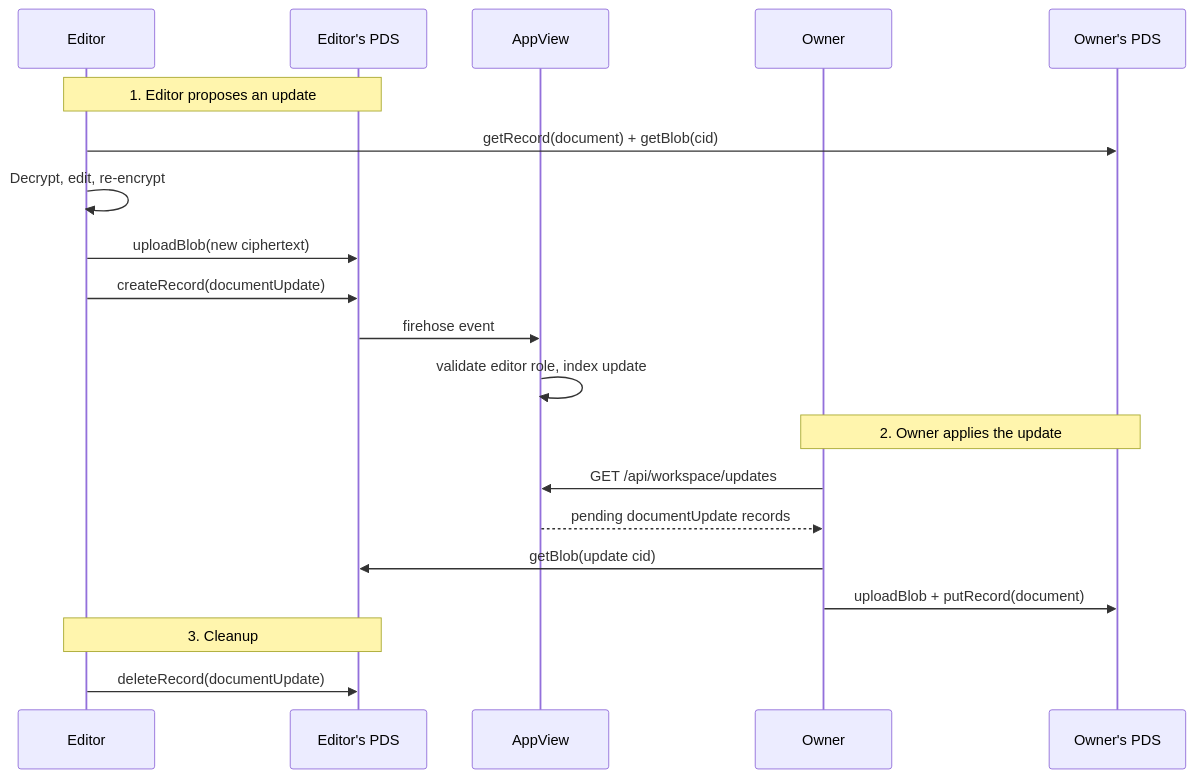
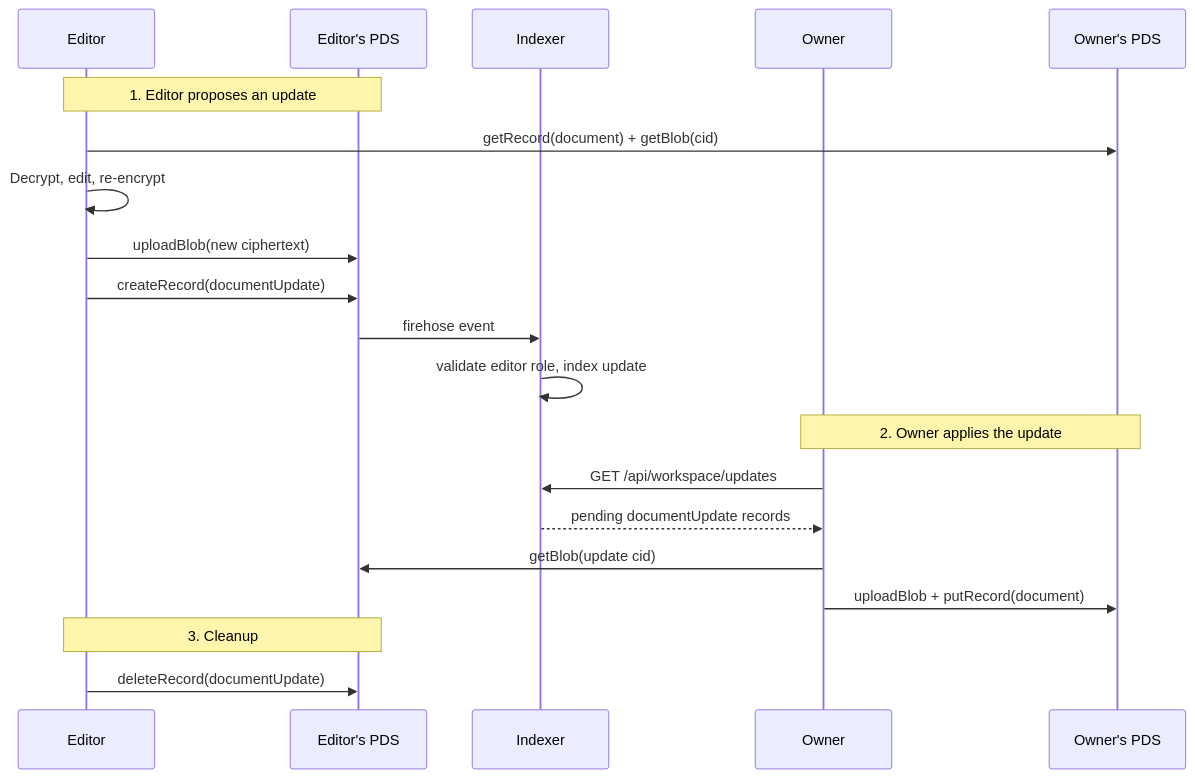
Before and after one commit to Sans-Self/Opake: the third of 5 diagrams in lexicons/README.md, drawn with Mermaid. The commit also changed other lines of this file and 302 other files, not shown here.

````diff
--- a/lexicons/README.md
+++ b/lexicons/README.md
@@ -108,26 +108,26 @@
 ```mermaid
 sequenceDiagram
     participant Editor
     participant EditorPDS as Editor's PDS
-    participant AppView
+    participant Indexer
     participant Owner
     participant OwnerPDS as Owner's PDS
 
     Note over Editor,EditorPDS: 1. Editor proposes an update
     Editor->>OwnerPDS: getRecord(document) + getBlob(cid)
     Editor->>Editor: Decrypt, edit, re-encrypt
     Editor->>EditorPDS: uploadBlob(new ciphertext)
     Editor->>EditorPDS: createRecord(documentUpdate)
 
-    EditorPDS->>AppView: firehose event
-    AppView->>AppView: validate editor role, index update
+    EditorPDS->>Indexer: firehose event
+    Indexer->>Indexer: validate editor role, index update
 
     Note over Owner,OwnerPDS: 2. Owner applies the update
-    Owner->>AppView: GET /api/workspace/updates
-    AppView-->>Owner: pending documentUpdate records
+    Owner->>Indexer: GET /api/workspace/updates
+    Indexer-->>Owner: pending documentUpdate records
     Owner->>EditorPDS: getBlob(update cid)
     Owner->>OwnerPDS: uploadBlob + putRecord(document)
 
     Note over Editor,EditorPDS: 3. Cleanup
     Editor->>EditorPDS: deleteRecord(documentUpdate)
 ```
````
